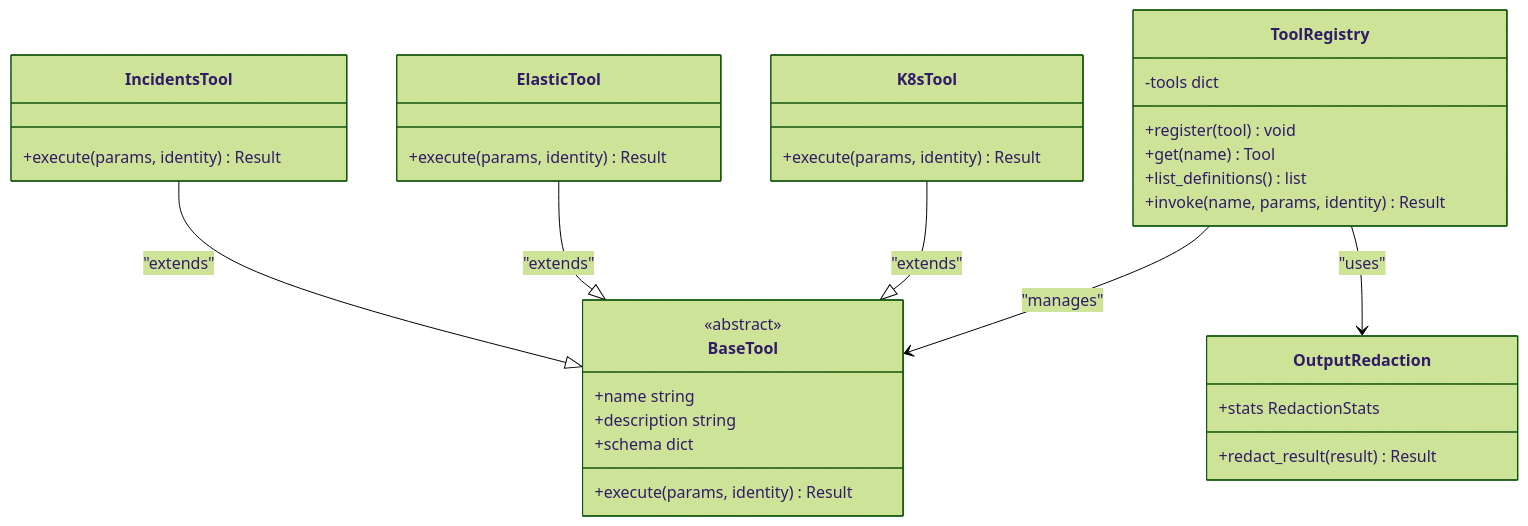
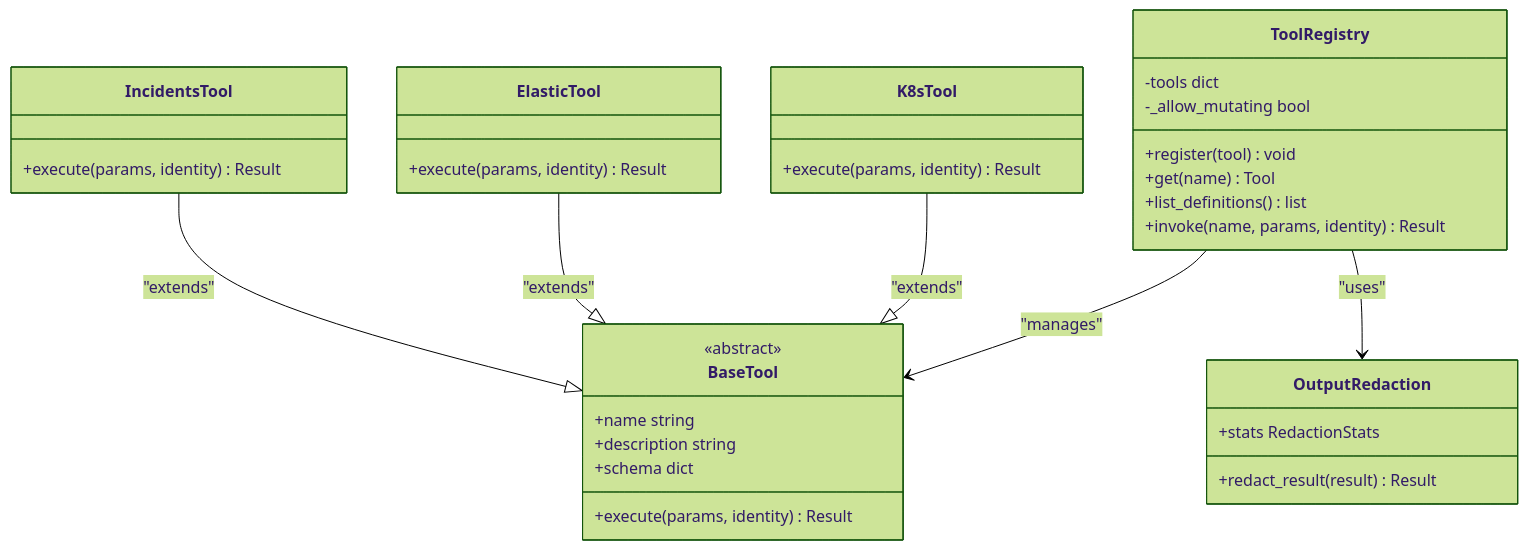
One commit to metasync/luban-aiops changed the eighth of 12 diagrams in .qoder/repowiki/en/content/Tool Gateway Service/Tool Gateway Service.md. Above: the diagram before and after it, drawn with Mermaid (forest theme). The commit also changed other lines of this file and 43 other files, not shown here.

````diff
--- a/.qoder/repowiki/en/content/Tool Gateway Service/Tool Gateway Service.md
+++ b/.qoder/repowiki/en/content/Tool Gateway Service/Tool Gateway Service.md
@@ -467,35 +474,36 @@
 ```mermaid
 classDiagram
 class ToolRegistry {
 -tools dict
+-_allow_mutating bool
 +register(tool) void
 +get(name) Tool
 +list_definitions() list
 +invoke(name, params, identity) Result
 }
 class BaseTool {
 <<abstract>>
 +name string
 +description string
 +schema dict
 +execute(params, identity) Result
 }
 class K8sTool {
 +execute(params, identity) Result
 }
 class ElasticTool {
 +execute(params, identity) Result
 }
 class IncidentsTool {
 +execute(params, identity) Result
 }
 class OutputRedaction {
 +redact_result(result) Result
 +stats RedactionStats
 }
 ToolRegistry --> BaseTool : "manages"
 ToolRegistry --> OutputRedaction : "uses"
 K8sTool --|> BaseTool : "extends"
 ElasticTool --|> BaseTool : "extends"
 IncidentsTool --|> BaseTool : "extends"
 ```
````
